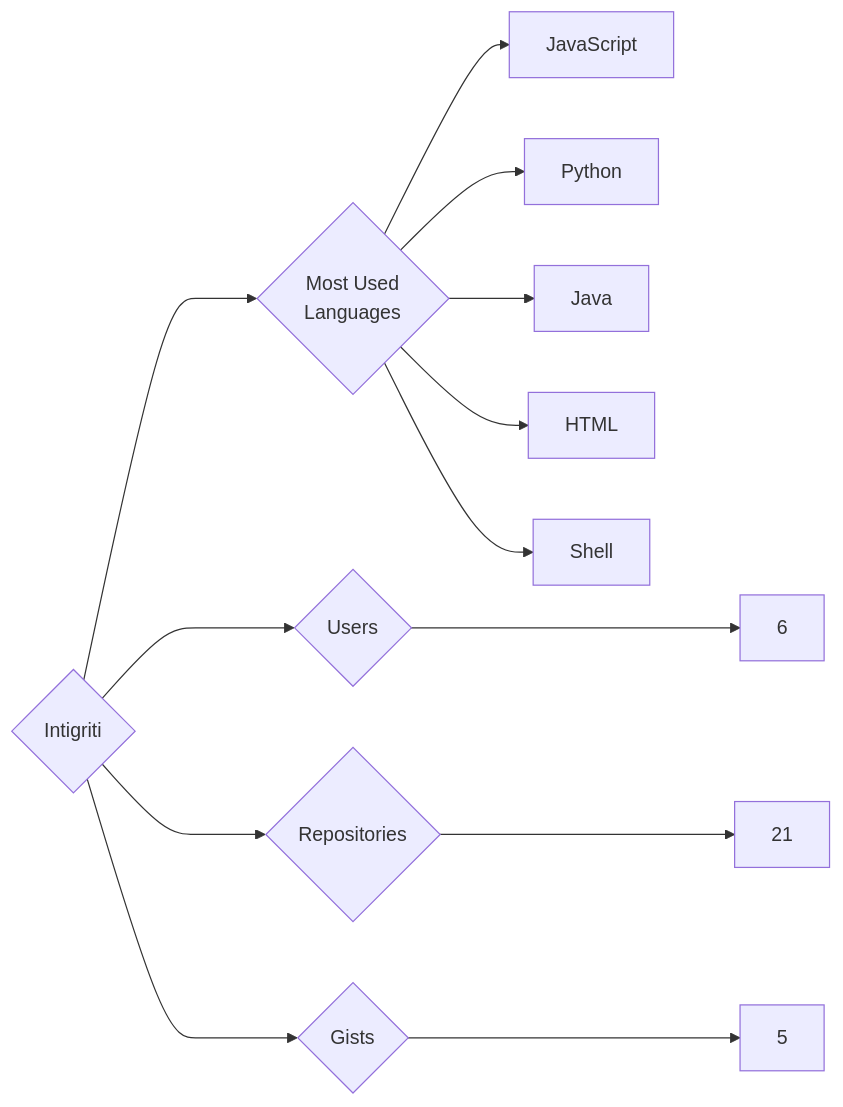
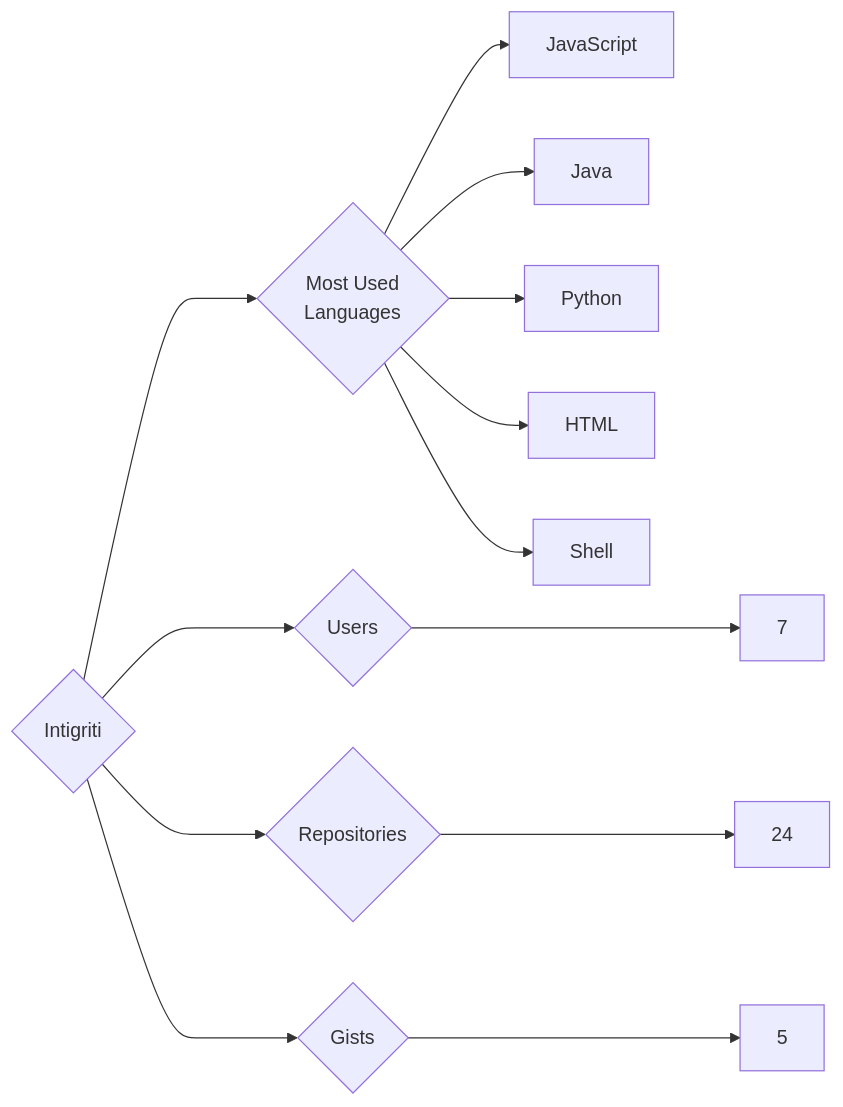
One commit to trickest/insiders changed the diagram in targets/Intigriti/README.md. Above: the diagram before and after it, drawn with Mermaid. The commit also changed 847 other files, not shown here.

````diff
--- a/targets/Intigriti/README.md
+++ b/targets/Intigriti/README.md
@@ -3,13 +3,13 @@
 ```mermaid
 graph LR
 COMPANY_NAME{Intigriti}
-COMPANY_NAME ---> U{Users} ---> UN[6]
-COMPANY_NAME ---> R{Repositories} ---> RN[21]
+COMPANY_NAME ---> U{Users} ---> UN[7]
+COMPANY_NAME ---> R{Repositories} ---> RN[24]
 COMPANY_NAME ---> G{Gists} ---> GN[5]
 COMPANY_NAME ---> ML{Most Used<br>Languages}
 ML --> JavaScript[JavaScript]
+ML --> Java[Java]
 ML --> Python[Python]
-ML --> Java[Java]
 ML --> HTML[HTML]
 ML --> Shell[Shell]
 ```
````
